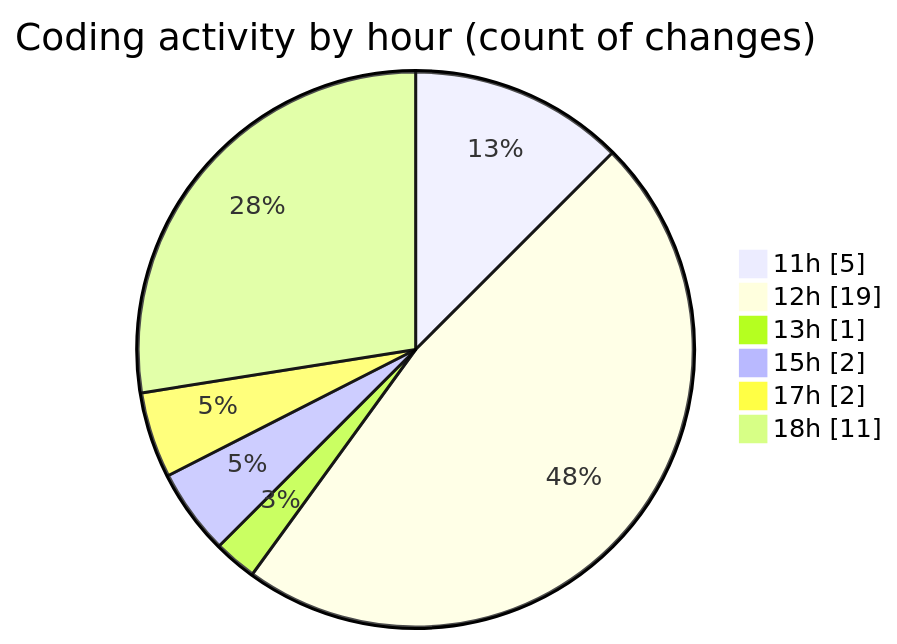
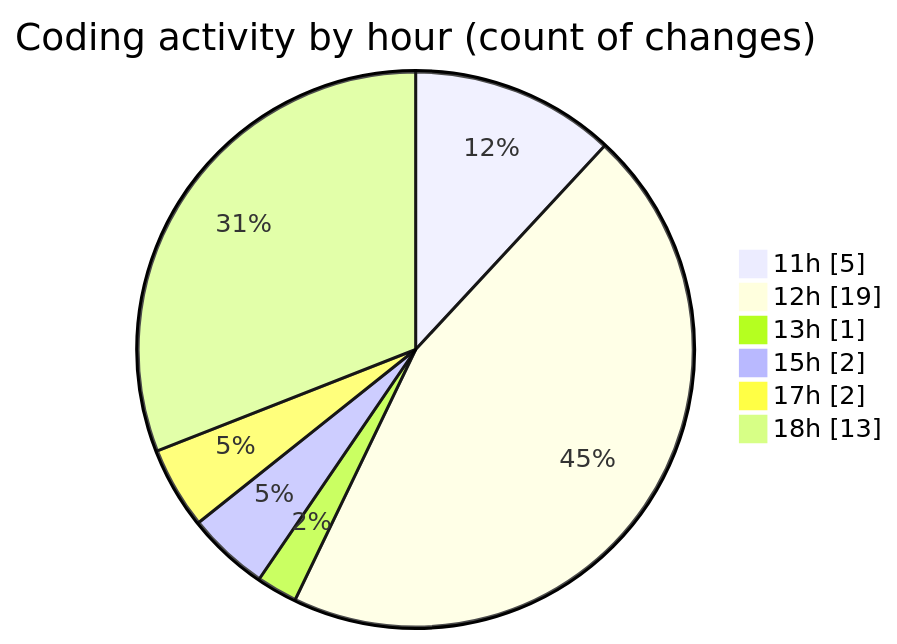
Before and after one commit to nxtqubesakshisongat/code-tracking: the second of 2 diagrams in 2026-01-21/nxtqube_webapp/README.md, drawn with Mermaid. The commit also changed other lines of this file and 1 other file, not shown here.

````diff
--- a/2026-01-21/nxtqube_webapp/README.md
+++ b/2026-01-21/nxtqube_webapp/README.md
@@ -47,10 +47,10 @@
 ```mermaid
 pie showData
 title Coding activity by hour (count of changes)
 "11h" : 5
 "12h" : 19
 "13h" : 1
 "15h" : 2
 "17h" : 2
-"18h" : 11
+"18h" : 13
 ```
````
